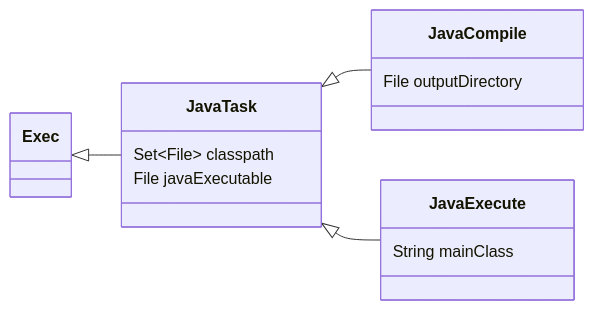
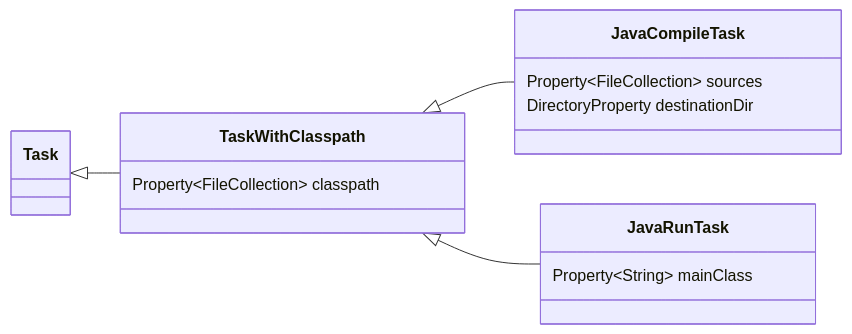
Before and after one commit to unibo-spe/spe-slides: the diagram in content/04-build-automation/_generator.md, drawn with Mermaid. The commit also changed other lines of this file and 4 other files, not shown here.

````diff
--- a/content/04-build-automation/_generator.md
+++ b/content/04-build-automation/_generator.md
@@ -1121,17 +970,17 @@
 ```mermaid
 classDiagram
     direction LR
-    Exec <|-- JavaTask
-    JavaTask <|-- JavaCompile
-    JavaTask <|-- JavaExecute
-    class JavaTask {
-        Set~File~ classpath
-        File javaExecutable
+    Task <|-- TaskWithClasspath
+    TaskWithClasspath <|-- JavaCompileTask
+    TaskWithClasspath <|-- JavaRunTask
+    class TaskWithClasspath {
+        Property~FileCollection~ classpath
     }
-    class JavaCompile {
-        File outputDirectory
+    class JavaCompileTask {
+        Property~FileCollection~ sources
+        DirectoryProperty destinationDir
     }
-    class JavaExecute {
-        String mainClass
+    class JavaRunTask {
+        Property~String~ mainClass
     }
 ```
````
